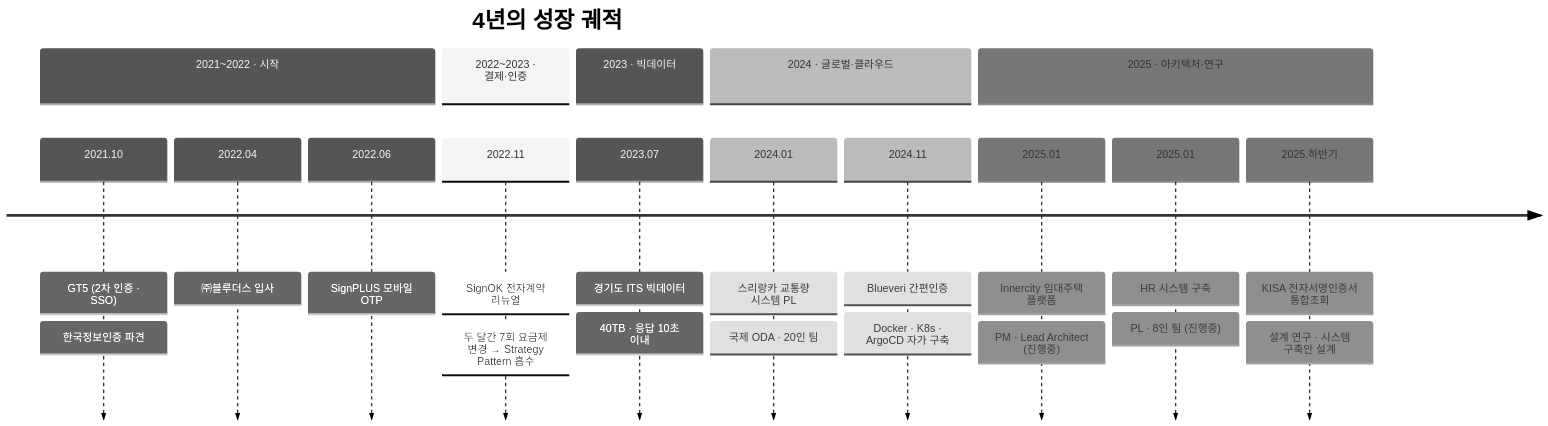
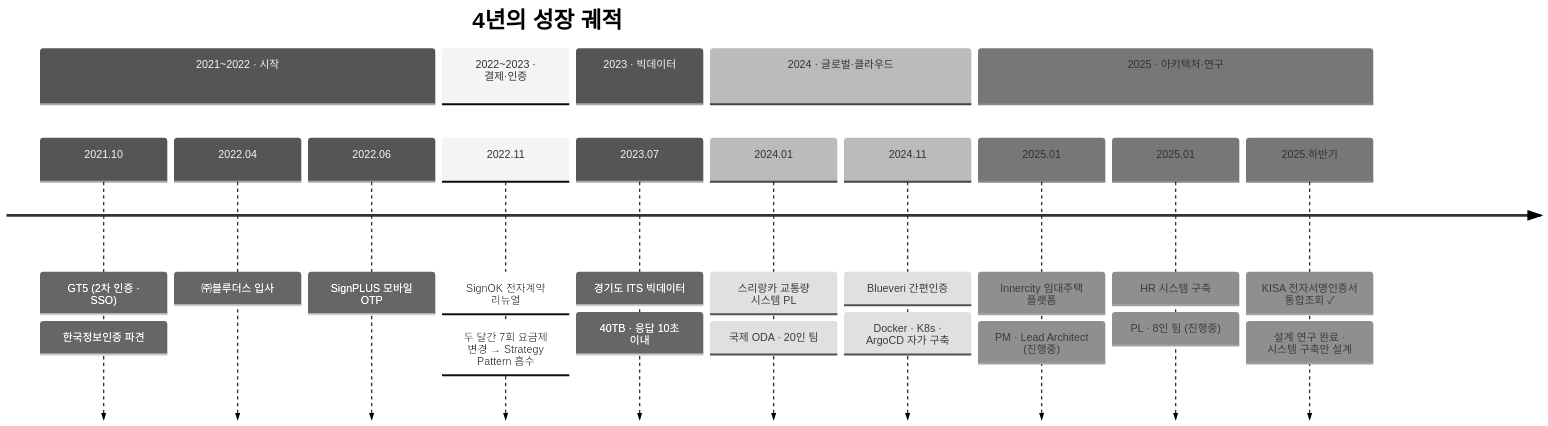
The diagram in README.md (achul1026/achul1026), drawn with Mermaid (neutral theme) before and after one commit. The commit also changed other lines of this file, not shown here.

Commit message:
docs: mark KISA project as completed
KISA 전자서명인증서 통합조회 시스템 설계 연구 사업 정상 종료.
- Featured Projects 카드에 ✅ 완료 마크 추가
- Career timeline에 ✓ 추가

````diff
--- a/README.md
+++ b/README.md
@@ -26,27 +26,27 @@
 ```mermaid
 timeline
     title 4년의 성장 궤적
     section 2021~2022 · 시작
         2021.10 : GT5 (2차 인증 · SSO)
                 : 한국정보인증 파견
         2022.04 : ㈜블루더스 입사
         2022.06 : SignPLUS 모바일 OTP
     section 2022~2023 · 결제·인증
         2022.11 : SignOK 전자계약 리뉴얼
                 : 두 달간 7회 요금제 변경 → Strategy Pattern 흡수
     section 2023 · 빅데이터
         2023.07 : 경기도 ITS 빅데이터
                 : 40TB · 응답 10초 이내
     section 2024 · 글로벌·클라우드
         2024.01 : 스리랑카 교통량 시스템 PL
                 : 국제 ODA · 20인 팀
         2024.11 : Blueveri 간편인증
                 : Docker · K8s · ArgoCD 자가 구축
     section 2025 · 아키텍처·연구
         2025.01 : Innercity 임대주택 플랫폼
                 : PM · Lead Architect (진행중)
         2025.01 : HR 시스템 구축
                 : PL · 8인 팀 (진행중)
-        2025.하반기 : KISA 전자서명인증서 통합조회
-                : 설계 연구 · 시스템 구축안 설계
+        2025.하반기 : KISA 전자서명인증서 통합조회 ✓
+                : 설계 연구 완료 · 시스템 구축안 설계
 ```
````
